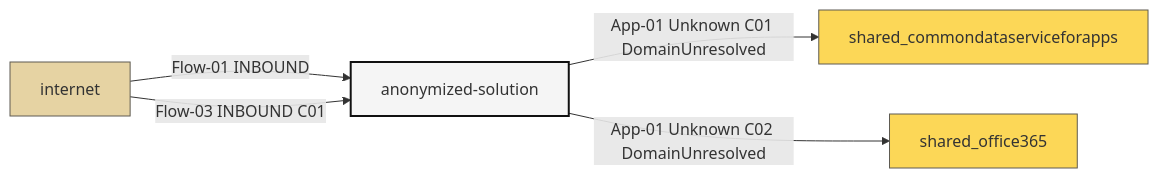
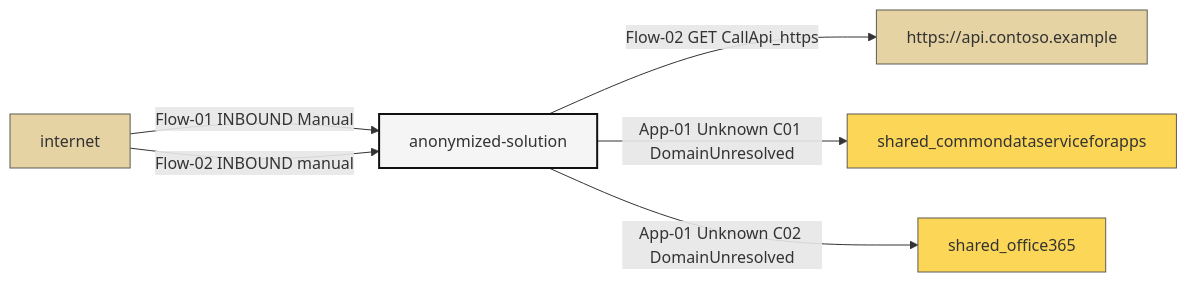
One commit to autosysops/PowerShell_PowerPlatformChecker changed the diagram in tests/fixtures/expected/ExternalInteraction.SingleSolution.expected.mermaid.md. Above: the diagram before and after it, drawn with Mermaid. The commit also changed 80 other files, not shown here.

Commit message:
Added option to generate flowcharts for desktop flows and get information from power apps (model and canvas). Also added option to generate external diagrams.

```diff
--- a/tests/fixtures/expected/ExternalInteraction.SingleSolution.expected.mermaid.md
+++ b/tests/fixtures/expected/ExternalInteraction.SingleSolution.expected.mermaid.md
@@ -1,21 +1,23 @@
 :::mermaid
 graph LR;
 solution_anonymized_solution["anonymized-solution"]:::Solution
 externaldomain_internet["internet"]:::ExternalDomain
+externaldomain_https_api_contoso_example["https://api.contoso.example"]:::ExternalDomain
 shared_commondataserviceforapps["shared_commondataserviceforapps"]:::Connection
 shared_office365["shared_office365"]:::Connection
-externaldomain_internet -->|Flow-01 INBOUND| solution_anonymized_solution
-externaldomain_internet -->|Flow-03 INBOUND C01| solution_anonymized_solution
+externaldomain_internet -->|Flow-01 INBOUND Manual| solution_anonymized_solution
+externaldomain_internet -->|Flow-02 INBOUND manual| solution_anonymized_solution
+solution_anonymized_solution -->|Flow-02 GET CallApi_https| externaldomain_https_api_contoso_example
 solution_anonymized_solution -->|App-01 Unknown C01 DomainUnresolved| shared_commondataserviceforapps
 solution_anonymized_solution -->|App-01 Unknown C02 DomainUnresolved| shared_office365
 classDef default fill:red,stroke:#5E5B52
 classDef Connection fill:#FCD757,stroke:#5E5B52
 classDef Entity fill:#B56784,stroke:#5E5B52
 classDef DefaultEntity fill:#71374D,stroke:#5E5B52
 classDef Flow fill:#DBE4EE,stroke:#5E5B52
 classDef CanvasApp fill:#8BC34A,stroke:#5E5B52
 classDef ModelDrivenApp fill:#7BAFD4,stroke:#5E5B52
 classDef WebResource fill:#D7C8F3,stroke:#5E5B52
 classDef Solution fill:#f5f5f5,stroke:#111111,stroke-width:2px;
 classDef ExternalDomain fill:#E6D3A3,stroke:#5E5B52
 :::
```
